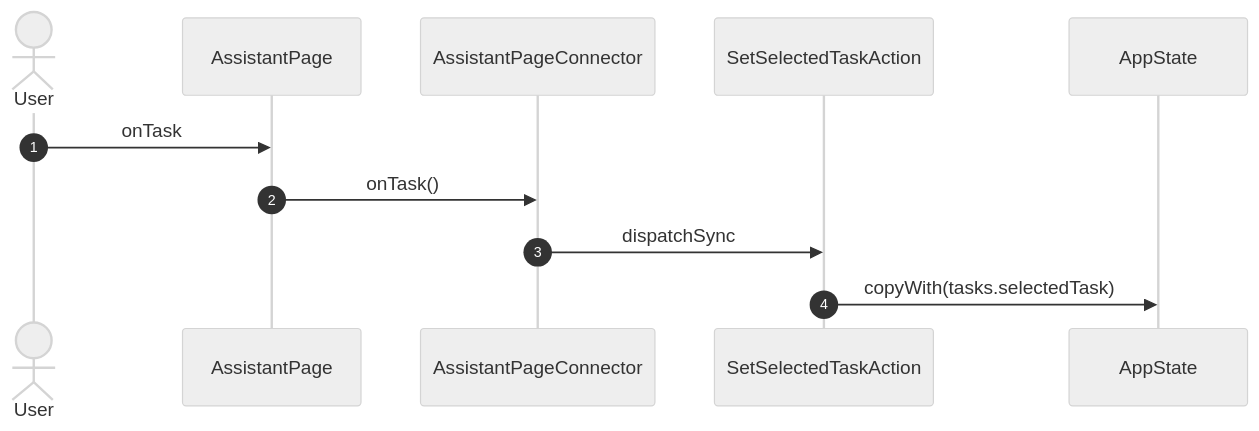
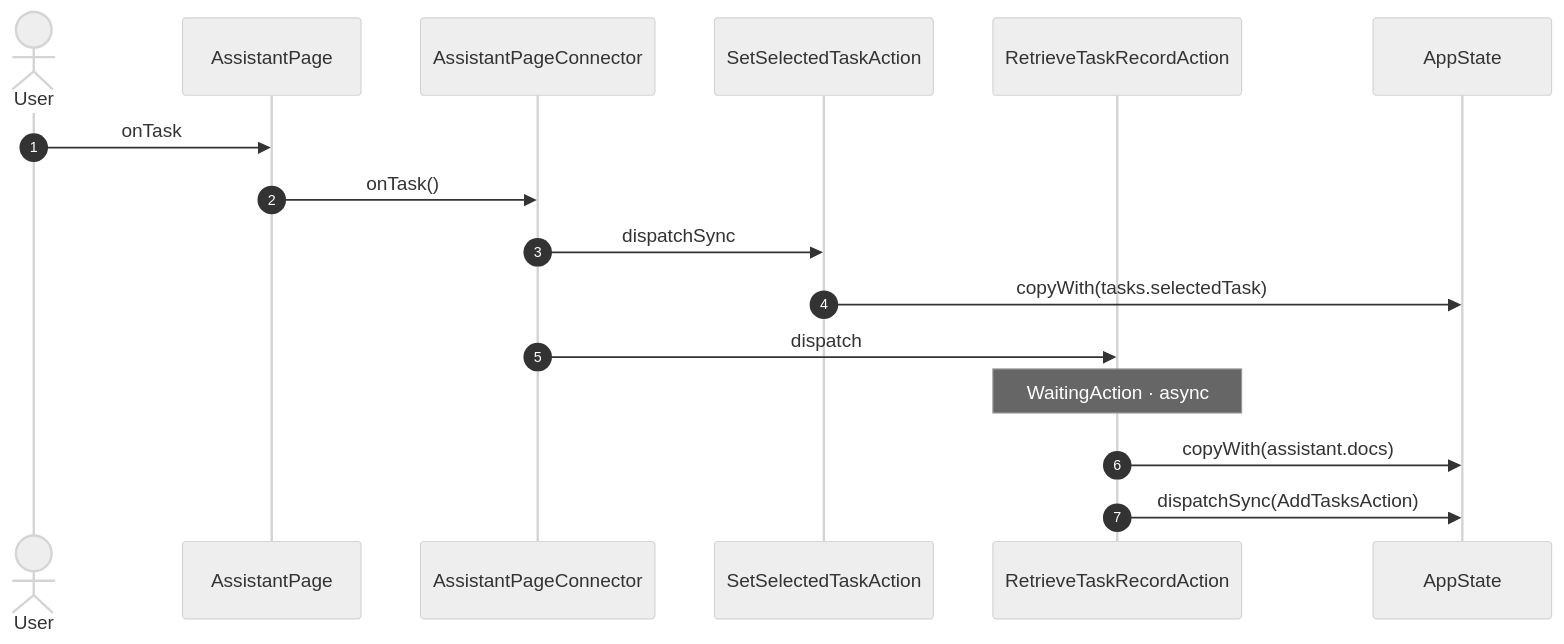
Before and after one commit to gencto/wyrm: the third of 8 diagrams in studio/docs/flows/assistant.md, drawn with Mermaid (neutral theme). The commit also changed other lines of this file and 24 other files, not shown here.

First line of the commit message:
studio: the Assistant reads a task's record and shows its plan

````diff
--- a/studio/docs/flows/assistant.md
+++ b/studio/docs/flows/assistant.md
@@ -60,14 +68,19 @@
 ```mermaid
 sequenceDiagram
     autonumber
     actor User
     participant UI as AssistantPage
     participant VM as AssistantPageConnector
     participant A1 as SetSelectedTaskAction
+    participant A2 as RetrieveTaskRecordAction
     participant ST as AppState
 
     User->>UI: onTask
     UI->>VM: onTask()
     VM->>A1: dispatchSync
     A1->>ST: copyWith(tasks.selectedTask)
+    VM->>A2: dispatch
+    Note over A2: WaitingAction · async
+    A2->>ST: copyWith(assistant.docs)
+    A2->>ST: dispatchSync(AddTasksAction)
 ```
````
